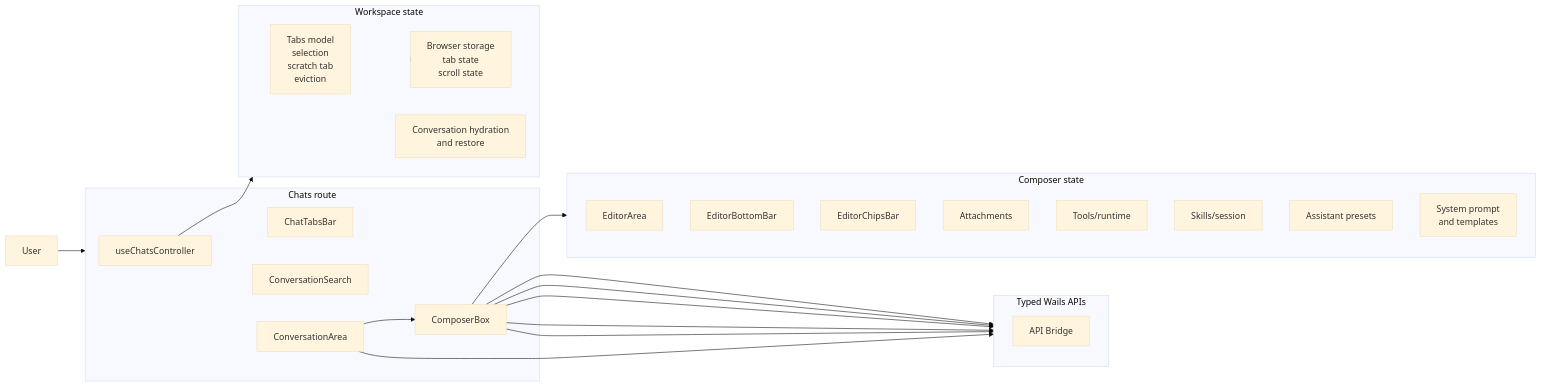
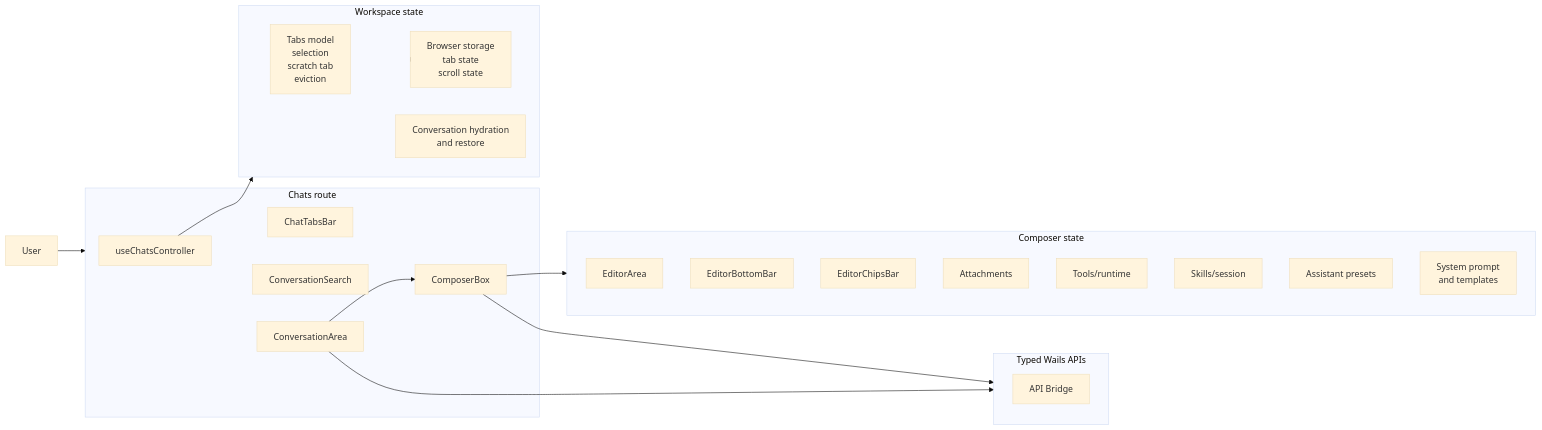
The diagram in frontend/app/docs/content/14-chats-workspace-and-composer-hld.md (flexigpt/flexigpt-app), drawn with Mermaid (base theme) before and after one commit. The commit also changed 8 other files, not shown here.

````diff
--- a/frontend/app/docs/content/14-chats-workspace-and-composer-hld.md
+++ b/frontend/app/docs/content/14-chats-workspace-and-composer-hld.md
@@ -43,48 +43,44 @@
 ```mermaid
 flowchart LR
     User[User]
 
     subgraph ChatsRoute[Chats route]
         Controller[useChatsController]
         TabsBar[ChatTabsBar]
         Search[ConversationSearch]
         ConversationArea[ConversationArea]
         Composer[ComposerBox]
     end
 
     subgraph WorkspaceState[Workspace state]
         TabsModel[Tabs model\nselection\nscratch tab\neviction]
         Persistence[Browser storage\ntab state\nscroll state]
         Hydration[Conversation hydration\nand restore]
     end
 
     subgraph ComposerState[Composer state]
         Editor[EditorArea]
         Bar[EditorBottomBar]
         Chips[EditorChipsBar]
         Attachments[Attachments]
         Tools[Tools/runtime]
         Skills[Skills/session]
         Presets[Assistant presets]
         SystemPrompt[System prompt\nand templates]
     end
 
     subgraph Backend[Typed Wails APIs]
         APIBridge[API Bridge]
     end
 
     User --> ChatsRoute
     ChatsRoute --> TabsBar
     ChatsRoute --> Search
     ChatsRoute --> ConversationArea
     ConversationArea --> Composer
     Controller --> WorkspaceState
     Composer --> ComposerState
     WorkspaceState --> Persistence
     ConversationArea --> Backend
     Composer --> Backend
-    Composer --> Backend
-    Composer --> Backend
-    Composer --> Backend
-    Composer --> Backend
 ```
````
